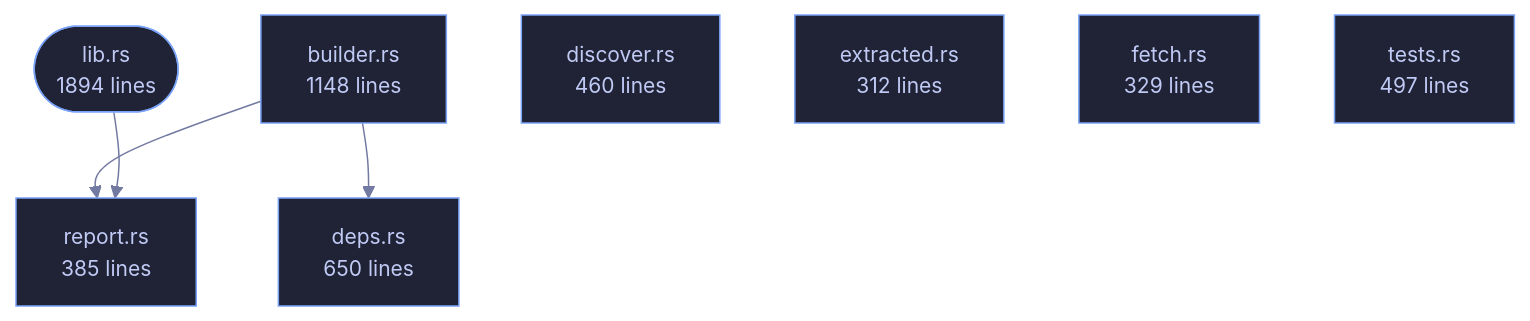
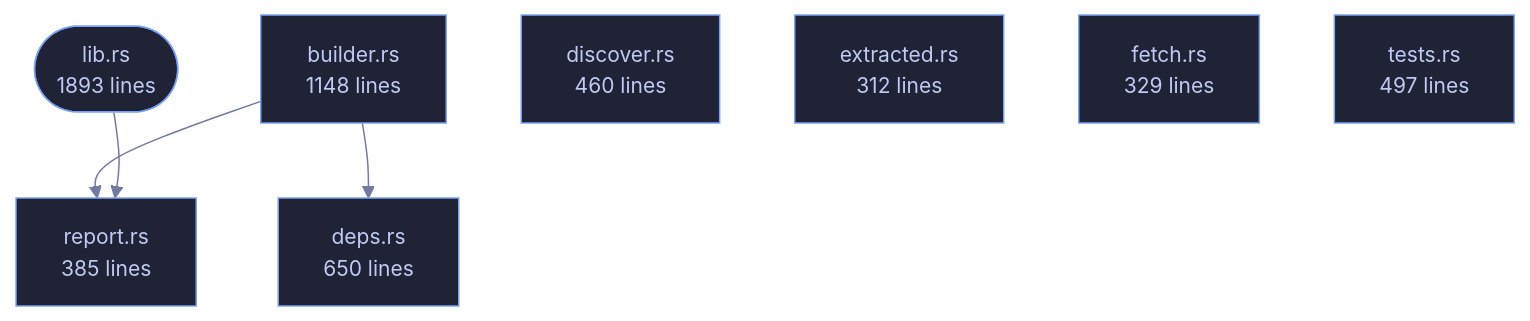
Before and after one commit to tilas01/veilvoice: the diagram in crates/veilvoice-verify/README.md, drawn with Mermaid. The commit also changed other lines of this file and 102 other files, not shown here.

````diff
--- a/crates/veilvoice-verify/README.md
+++ b/crates/veilvoice-verify/README.md
@@ -93,23 +93,23 @@
 ```mermaid
 %%{init: {"theme":"base","themeVariables":{"background":"#1a1b26","primaryColor":"#1f2335","primaryTextColor":"#c0caf5","primaryBorderColor":"#7aa2f7","secondaryColor":"#16161e","tertiaryColor":"#16161e","lineColor":"#737aa2","textColor":"#c0caf5","mainBkg":"#1f2335","nodeBorder":"#7aa2f7","clusterBkg":"#16161e","clusterBorder":"#2f3549","fontFamily":"ui-monospace, SFMono-Regular, Consolas, monospace","fontSize":"14px"}}}%%
 flowchart TD
-    n_lib(["lib.rs<br/>1894 lines"])
+    n_lib(["lib.rs<br/>1893 lines"])
     n_builder["builder.rs<br/>1148 lines"]
     n_deps["deps.rs<br/>650 lines"]
     n_discover["discover.rs<br/>460 lines"]
     n_extracted["extracted.rs<br/>312 lines"]
     n_fetch["fetch.rs<br/>329 lines"]
     n_report["report.rs<br/>385 lines"]
     n_tests["tests.rs<br/>497 lines"]
     n_builder --> n_deps
     n_builder --> n_report
     n_lib --> n_report
     click n_lib href "https://github.com/tilas01/veilvoice/blob/main/crates/veilvoice-verify/src/lib.rs" "open the source"
     click n_builder href "https://github.com/tilas01/veilvoice/blob/main/crates/veilvoice-verify/src/builder.rs" "open the source"
     click n_deps href "https://github.com/tilas01/veilvoice/blob/main/crates/veilvoice-verify/src/deps.rs" "open the source"
     click n_discover href "https://github.com/tilas01/veilvoice/blob/main/crates/veilvoice-verify/src/discover.rs" "open the source"
     click n_extracted href "https://github.com/tilas01/veilvoice/blob/main/crates/veilvoice-verify/src/extracted.rs" "open the source"
     click n_fetch href "https://github.com/tilas01/veilvoice/blob/main/crates/veilvoice-verify/src/fetch.rs" "open the source"
     click n_report href "https://github.com/tilas01/veilvoice/blob/main/crates/veilvoice-verify/src/report.rs" "open the source"
     click n_tests href "https://github.com/tilas01/veilvoice/blob/main/crates/veilvoice-verify/src/tests.rs" "open the source"
 ```
````
